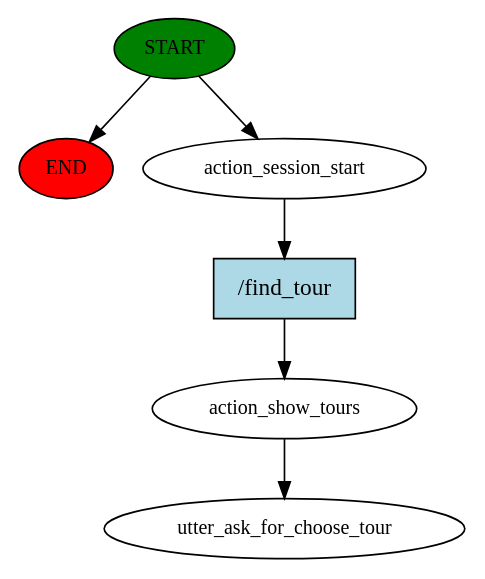
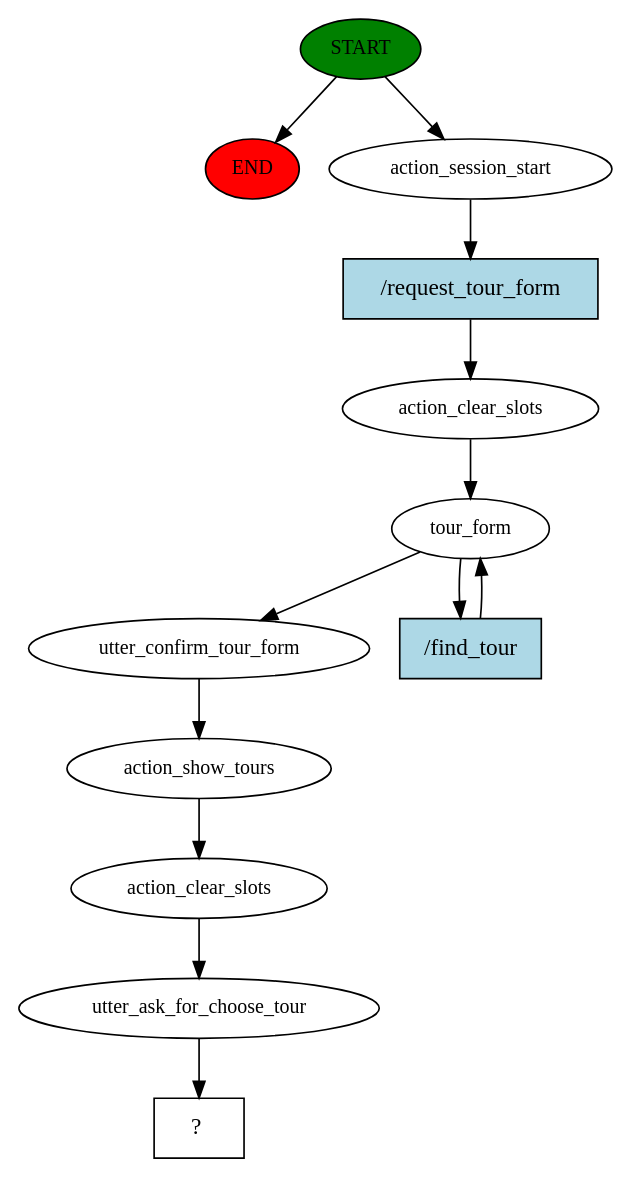
One commit to sitoan/chatbot changed the diagram in story_graph.dot. Above: the diagram before and after it, drawn with Graphviz. The commit also changed 8 other files, not shown here.

```diff
--- a/story_graph.dot
+++ b/story_graph.dot
@@ -1,13 +1,26 @@
 digraph  {
 0 [class="start active", fillcolor=green, fontsize=12, label=START, style=filled];
 "-1" [class=end, fillcolor=red, fontsize=12, label=END, style=filled];
 1 [class=active, fontsize=12, label=action_session_start];
-2 [class=active, fontsize=12, label=action_show_tours];
-3 [class="dashed active", fontsize=12, label=utter_ask_for_choose_tour];
-4 [class="intent active", fillcolor=lightblue, label="/find_tour", shape=rect, style=filled];
+2 [class=active, fontsize=12, label=action_clear_slots];
+3 [class=active, fontsize=12, label=tour_form];
+10 [class=active, fontsize=12, label=utter_confirm_tour_form];
+11 [class=active, fontsize=12, label=action_show_tours];
+12 [class=active, fontsize=12, label=action_clear_slots];
+13 [class=active, fontsize=12, label=utter_ask_for_choose_tour];
+14 [class="intent dashed active", label="  ?  ", shape=rect];
+15 [class="intent active", fillcolor=lightblue, label="/request_tour_form", shape=rect, style=filled];
+16 [class="intent active", fillcolor=lightblue, label="/find_tour", shape=rect, style=filled];
 0 -> "-1"  [class="", key=NONE, label=""];
 0 -> 1  [class=active, key=NONE, label=""];
-1 -> 4  [class=active, key=0];
+1 -> 15  [class=active, key=0];
 2 -> 3  [class=active, key=NONE, label=""];
-4 -> 2  [class=active, key=0];
+3 -> 10  [class=active, key=NONE, label=""];
+3 -> 16  [class=active, key=0];
+10 -> 11  [class=active, key=NONE, label=""];
+11 -> 12  [class=active, key=NONE, label=""];
+12 -> 13  [class=active, key=NONE, label=""];
+13 -> 14  [class=active, key=NONE, label=""];
+15 -> 2  [class=active, key=0];
+16 -> 3  [class=active, key=0];
 }
```
